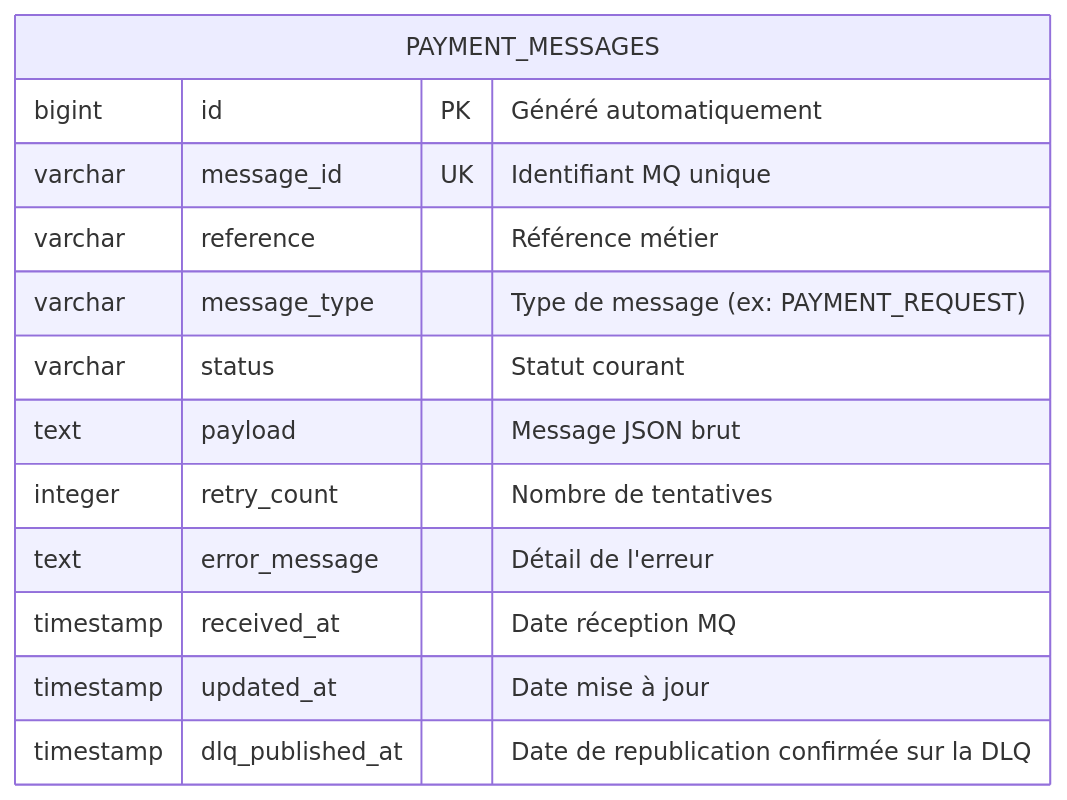
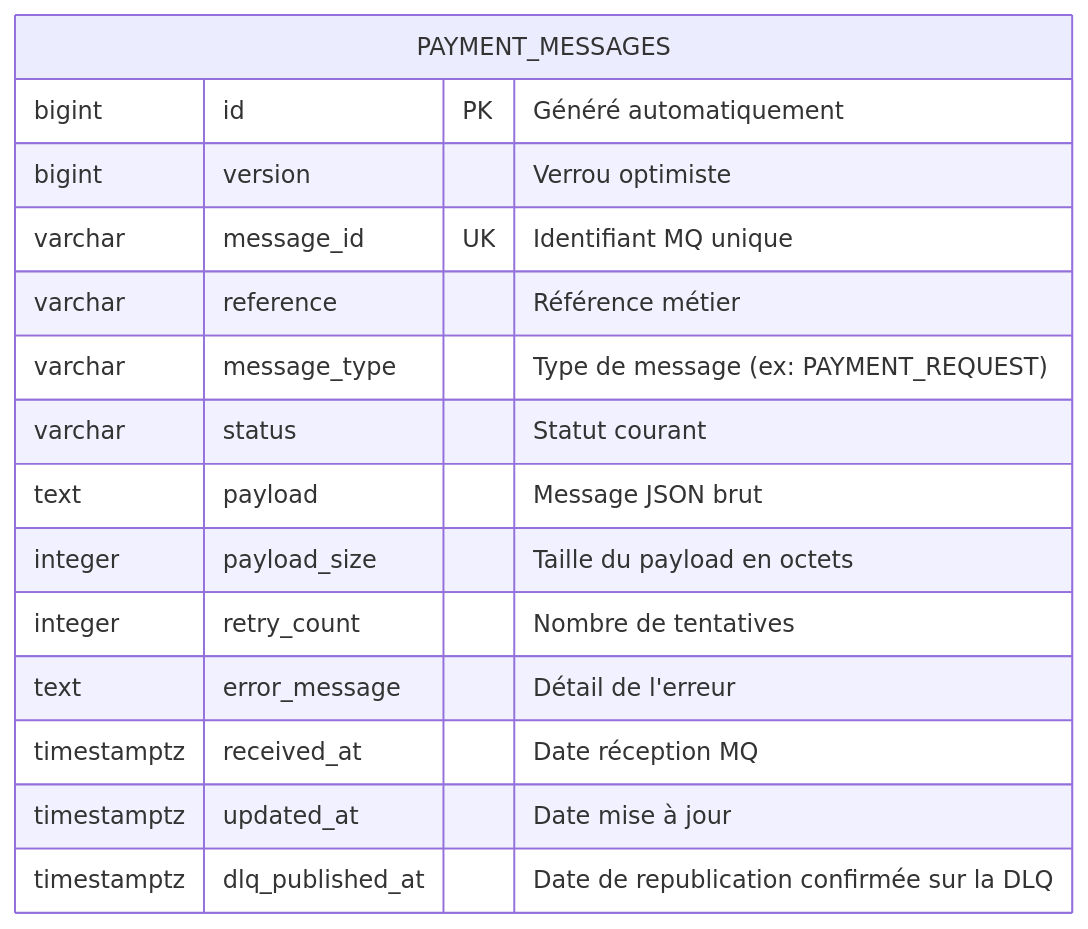
One commit to mouhamadoulo/payment-messages changed the diagram in docs/database/database-model.md. Above: the diagram before and after it, drawn with Mermaid. The commit also changed other lines of this file and 44 other files, not shown here.

````diff
--- a/docs/database/database-model.md
+++ b/docs/database/database-model.md
@@ -5,16 +5,18 @@
 ```mermaid
 erDiagram
     PAYMENT_MESSAGES {
         bigint id PK "Généré automatiquement"
+        bigint version "Verrou optimiste"
         varchar message_id UK "Identifiant MQ unique"
         varchar reference "Référence métier"
         varchar message_type "Type de message (ex: PAYMENT_REQUEST)"
         varchar status "Statut courant"
         text payload "Message JSON brut"
+        integer payload_size "Taille du payload en octets"
         integer retry_count "Nombre de tentatives"
         text error_message "Détail de l'erreur"
-        timestamp received_at "Date réception MQ"
-        timestamp updated_at "Date mise à jour"
-        timestamp dlq_published_at "Date de republication confirmée sur la DLQ"
+        timestamptz received_at "Date réception MQ"
+        timestamptz updated_at "Date mise à jour"
+        timestamptz dlq_published_at "Date de republication confirmée sur la DLQ"
     }
 ```
````
